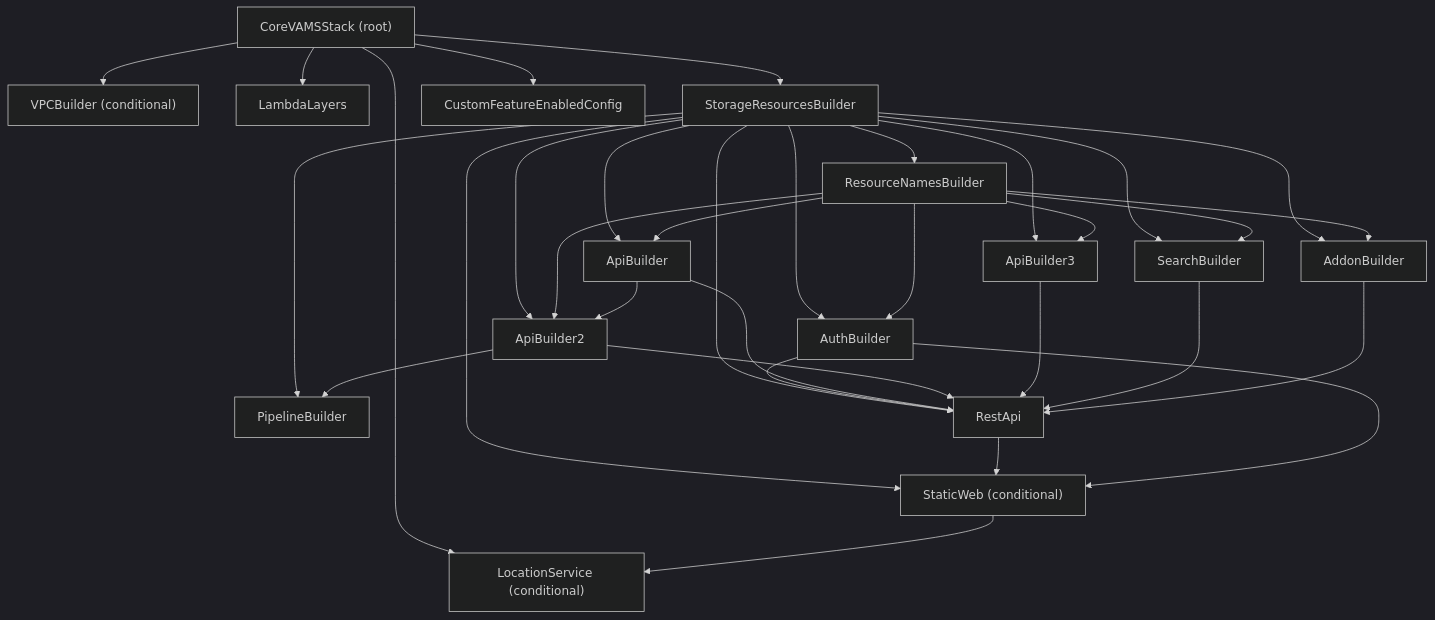
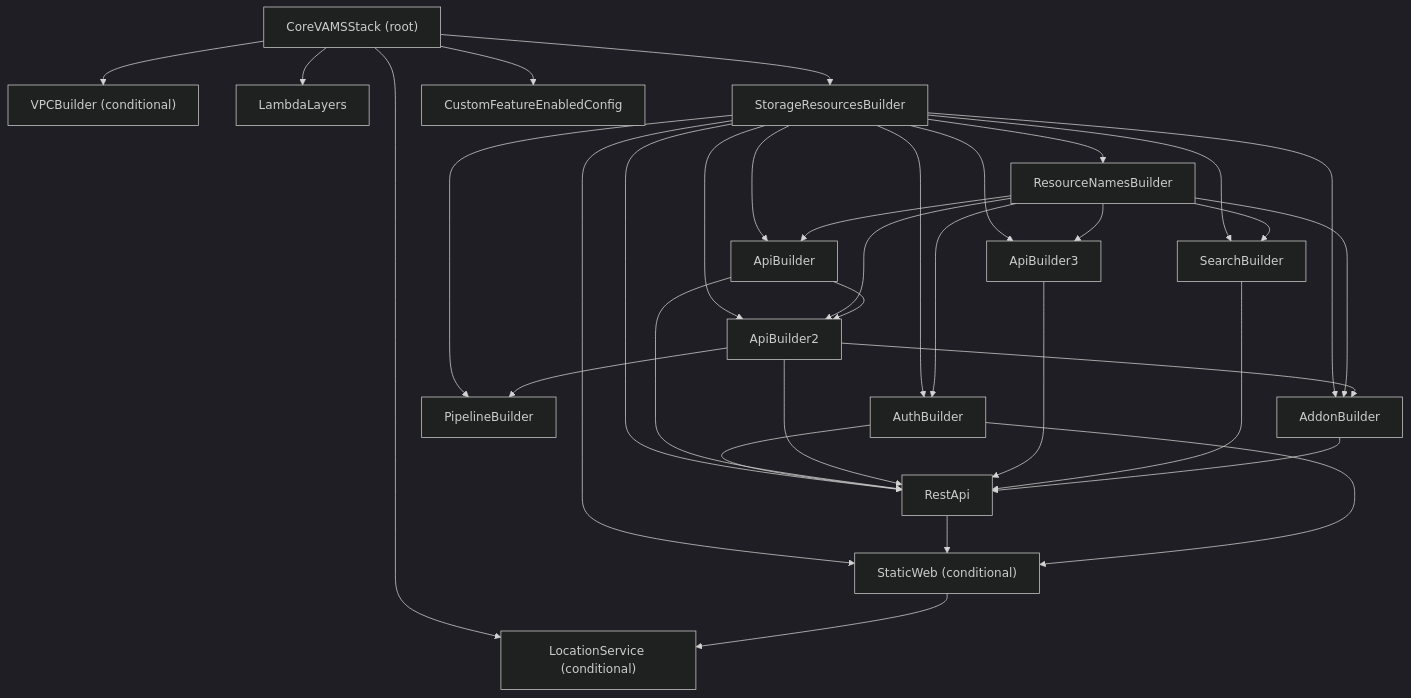
The diagram in documentation/docusaurus-site/docs/developer/cdk.md (awslabs/visual-asset-management-system), drawn with Mermaid (dark theme) before and after one commit. The commit also changed other lines of this file and 242 other files, not shown here.

````diff
--- a/documentation/docusaurus-site/docs/developer/cdk.md
+++ b/documentation/docusaurus-site/docs/developer/cdk.md
@@ -24,52 +24,53 @@
 ```mermaid
 graph TD
     Core["CoreVAMSStack (root)"]
     VPC["VPCBuilder (conditional)"]
     Layers["LambdaLayers"]
     Storage["StorageResourcesBuilder"]
     Names["ResourceNamesBuilder"]
     Auth["AuthBuilder"]
     Api["ApiBuilder"]
     Api2["ApiBuilder2"]
     Api3["ApiBuilder3"]
     Search["SearchBuilder"]
     Pipeline["PipelineBuilder"]
     Addon["AddonBuilder"]
     Rest["RestApi"]
     Web["StaticWeb (conditional)"]
     Location["LocationService (conditional)"]
     Feature["CustomFeatureEnabledConfig"]
 
     Core --> VPC
     Core --> Layers
     Core --> Storage
     Core --> Location
     Core --> Feature
     Storage --> Names
     Storage --> Auth
     Names --> Auth
     Storage --> Api
     Names --> Api
     Storage --> Api2
     Names --> Api2
     Storage --> Api3
     Names --> Api3
     Api --> Api2
     Storage --> Search
     Names --> Search
     Storage --> Pipeline
     Api2 --> Pipeline
     Storage --> Addon
     Names --> Addon
+    Api2 --> Addon
     Storage --> Rest
     Auth --> Rest
     Api --> Rest
     Api2 --> Rest
     Api3 --> Rest
     Search --> Rest
     Addon --> Rest
     Storage --> Web
     Rest --> Web
     Auth --> Web
     Web --> Location
 ```
````
